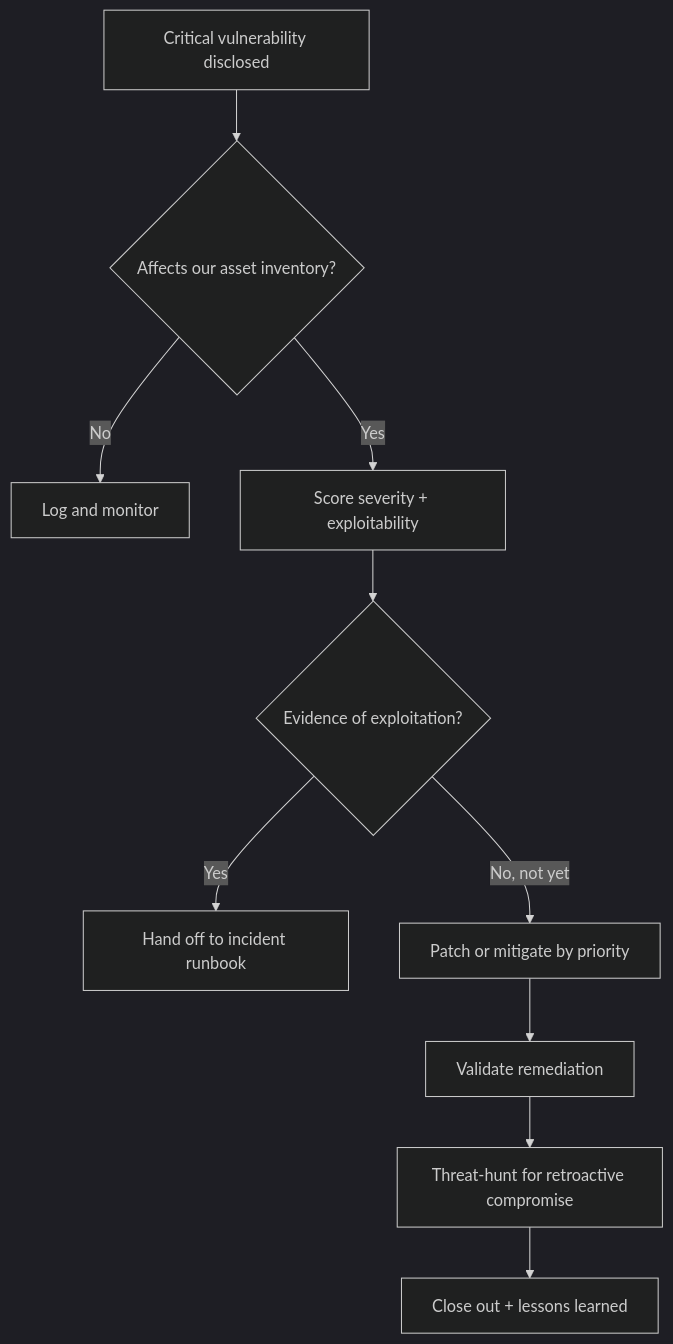
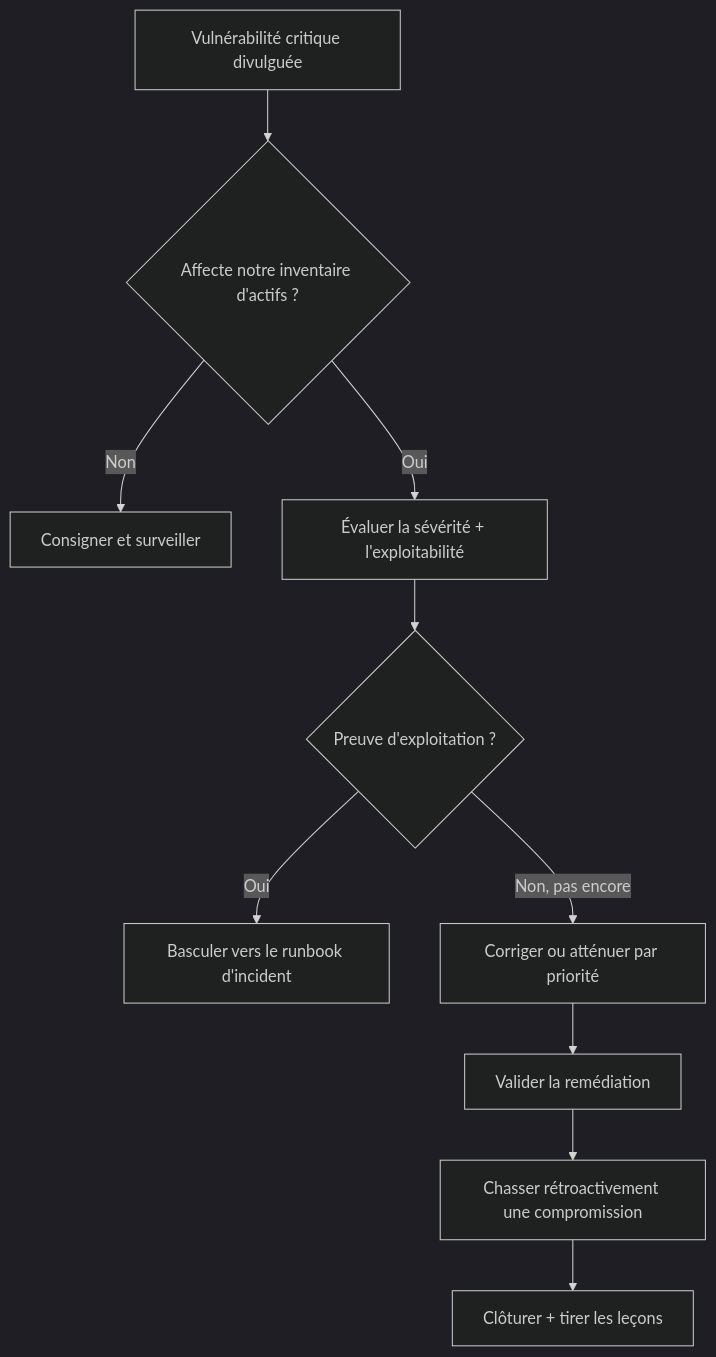
One commit to MiracleDvm/ir-firstline changed the diagram in docs/fr/runbooks/critical-vulnerability.md. Above: the diagram before and after it, drawn with Mermaid (dark theme). The commit also changed 11 other files, not shown here.

Commit message:
Translate Mermaid decision tree labels into French on all FR runbooks

````diff
--- a/docs/fr/runbooks/critical-vulnerability.md
+++ b/docs/fr/runbooks/critical-vulnerability.md
@@ -27,12 +27,12 @@
 ```mermaid
 flowchart TD
-    A[Critical vulnerability disclosed] --> B{Affects our asset inventory?}
-    B -->|No| C[Log and monitor]
-    B -->|Yes| D[Score severity + exploitability]
-    D --> E{Evidence of exploitation?}
-    E -->|Yes| F[Hand off to incident runbook]
-    E -->|No, not yet| G[Patch or mitigate by priority]
-    G --> H[Validate remediation]
-    H --> I[Threat-hunt for retroactive compromise]
-    I --> J[Close out + lessons learned]
+    A[Vulnérabilité critique divulguée] --> B{Affecte notre inventaire d'actifs ?}
+    B -->|Non| C[Consigner et surveiller]
+    B -->|Oui| D[Évaluer la sévérité + l'exploitabilité]
+    D --> E{Preuve d'exploitation ?}
+    E -->|Oui| F[Basculer vers le runbook d'incident]
+    E -->|Non, pas encore| G[Corriger ou atténuer par priorité]
+    G --> H[Valider la remédiation]
+    H --> I[Chasser rétroactivement une compromission]
+    I --> J[Clôturer + tirer les leçons]
 ```
````
